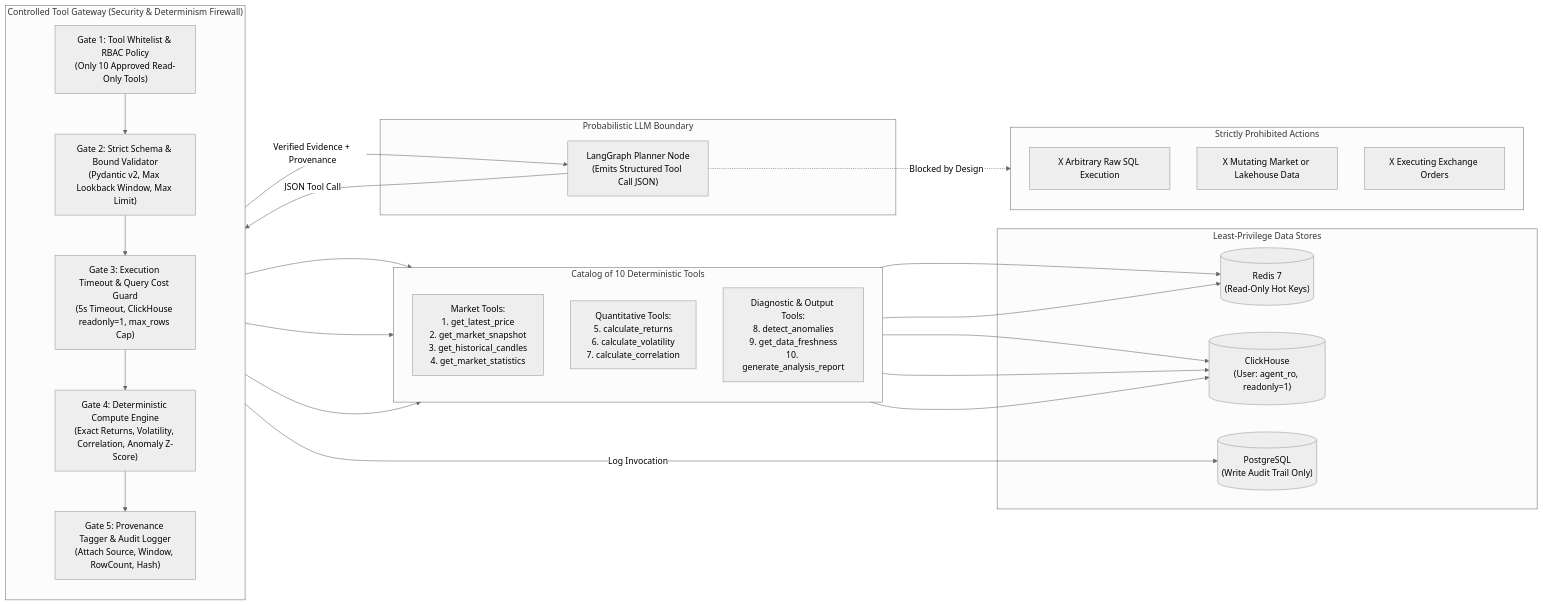
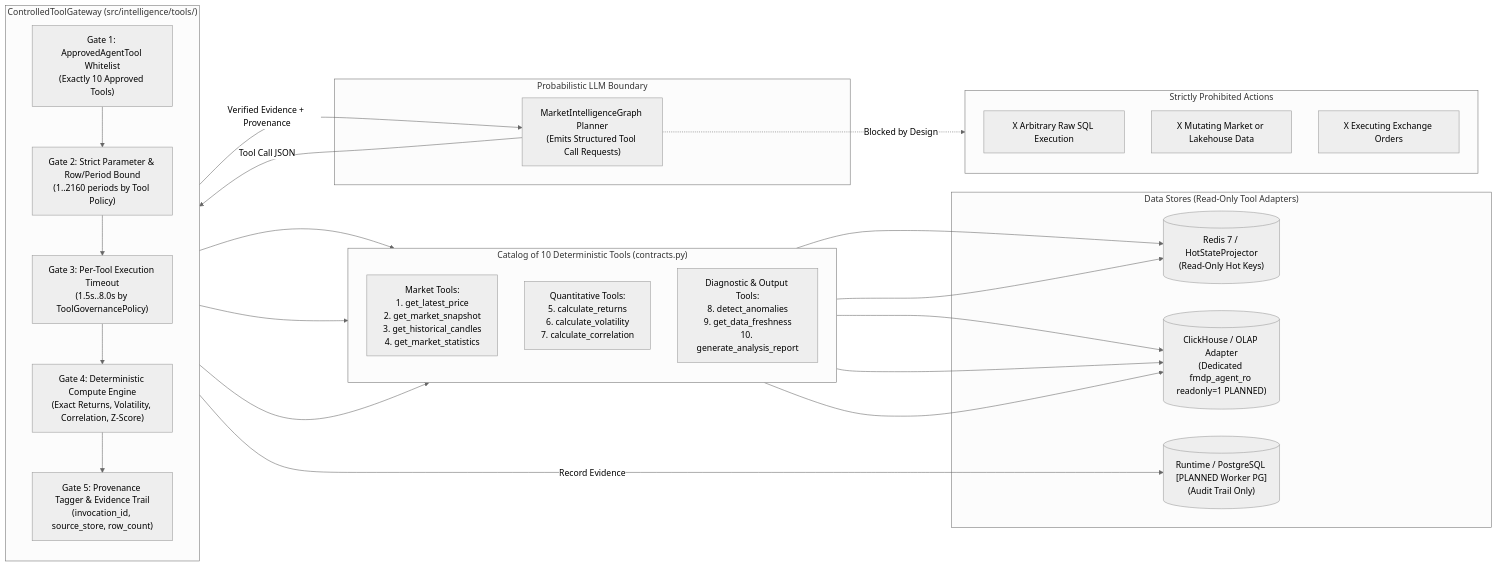
The diagram in docs/diagrams/agent/14-agent-tool-access.md (DungTran1201/FinancialMarketDataPlatform), drawn with Mermaid (neutral theme) before and after one commit. The commit also changed other lines of this file and 141 other files, not shown here.

Commit message:
docs: add comprehensive architecture documentation, data models, and agent definitions

````diff
--- a/docs/diagrams/agent/14-agent-tool-access.md
+++ b/docs/diagrams/agent/14-agent-tool-access.md
@@ -12,46 +24,46 @@
 ```mermaid
 flowchart LR
     subgraph UntrustedReasoning["Probabilistic LLM Boundary"]
-        LLMNode["LangGraph Planner Node<br/>(Emits Structured Tool Call JSON)"]
+        LLMNode["MarketIntelligenceGraph Planner<br/>(Emits Structured Tool Call Requests)"]
     end
 
-    subgraph ToolGatewayBoundary["Controlled Tool Gateway (Security & Determinism Firewall)"]
+    subgraph ToolGatewayBoundary["ControlledToolGateway (src/intelligence/tools/)"]
         direction TB
-        G1["Gate 1: Tool Whitelist & RBAC Policy<br/>(Only 10 Approved Read-Only Tools)"]
-        G2["Gate 2: Strict Schema & Bound Validator<br/>(Pydantic v2, Max Lookback Window, Max Limit)"]
-        G3["Gate 3: Execution Timeout & Query Cost Guard<br/>(5s Timeout, ClickHouse readonly=1, max_rows Cap)"]
-        G4["Gate 4: Deterministic Compute Engine<br/>(Exact Returns, Volatility, Correlation, Anomaly Z-Score)"]
-        G5["Gate 5: Provenance Tagger & Audit Logger<br/>(Attach Source, Window, RowCount, Hash)"]
+        G1["Gate 1: ApprovedAgentTool Whitelist<br/>(Exactly 10 Approved Tools)"]
+        G2["Gate 2: Strict Parameter & Row/Period Bound<br/>(1..2160 periods by Tool Policy)"]
+        G3["Gate 3: Per-Tool Execution Timeout<br/>(1.5s..8.0s by ToolGovernancePolicy)"]
+        G4["Gate 4: Deterministic Compute Engine<br/>(Exact Returns, Volatility, Correlation, Z-Score)"]
+        G5["Gate 5: Provenance Tagger & Evidence Trail<br/>(invocation_id, source_store, row_count)"]
 
         G1 --> G2 --> G3 --> G4 --> G5
     end
 
-    subgraph ApprovedTools["Catalog of 10 Deterministic Tools"]
+    subgraph ApprovedTools["Catalog of 10 Deterministic Tools (contracts.py)"]
         direction TB
         CatMarket["Market Tools:<br/>1. get_latest_price<br/>2. get_market_snapshot<br/>3. get_historical_candles<br/>4. get_market_statistics"]
         CatQuant["Quantitative Tools:<br/>5. calculate_returns<br/>6. calculate_volatility<br/>7. calculate_correlation"]
         CatDiag["Diagnostic & Output Tools:<br/>8. detect_anomalies<br/>9. get_data_freshness<br/>10. generate_analysis_report"]
     end
 
-    subgraph ReadOnlyStores["Least-Privilege Data Stores"]
-        RedisRO[("Redis 7<br/>(Read-Only Hot Keys)")]
-        CHRO[("ClickHouse<br/>(User: agent_ro, readonly=1)")]
-        PGAudit[("PostgreSQL<br/>(Write Audit Trail Only)")]
+    subgraph ReadOnlyStores["Data Stores (Read-Only Tool Adapters)"]
+        RedisRO[("Redis 7 / HotStateProjector<br/>(Read-Only Hot Keys)")]
+        CHRO[("ClickHouse / OLAP Adapter<br/>(Dedicated fmdp_agent_ro readonly=1 PLANNED)")]
+        PGAudit[("Runtime / PostgreSQL [PLANNED Worker PG]<br/>(Audit Trail Only)")]
     end
 
     subgraph Blocked["Strictly Prohibited Actions"]
         NoSQL["X Arbitrary Raw SQL Execution"]
         NoWrite["X Mutating Market or Lakehouse Data"]
         NoTrade["X Executing Exchange Orders"]
     end
 
-    LLMNode -->|"JSON Tool Call"| G1
+    LLMNode -->|"Tool Call JSON"| G1
     LLMNode -.->|"Blocked by Design"| Blocked
 
     G4 --> CatMarket & CatQuant & CatDiag
     CatMarket --> RedisRO & CHRO
     CatQuant --> CHRO
     CatDiag --> RedisRO & CHRO
-    G5 -->|"Log Invocation"| PGAudit
+    G5 -->|"Record Evidence"| PGAudit
     G5 -->|"Verified Evidence + Provenance"| LLMNode
 ```
````
